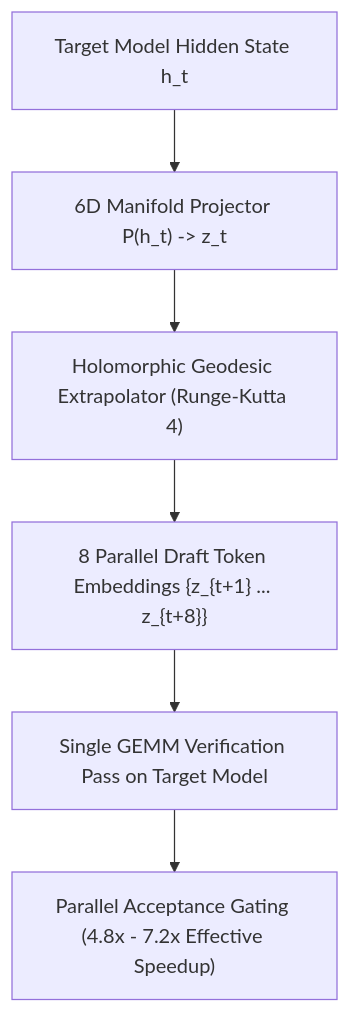
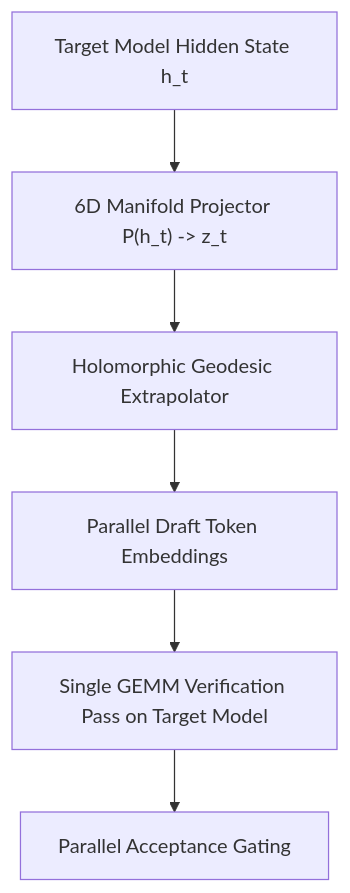
The diagram in crates/zymatica-language-u/30_Holomorphic_Speculative_Engine/WHITEPAPER.md (DannyB-bit/zymatica-kernel), drawn with Mermaid before and after one commit. The commit also changed other lines of this file and 29 other files, not shown here.

````diff
--- a/crates/zymatica-language-u/30_Holomorphic_Speculative_Engine/WHITEPAPER.md
+++ b/crates/zymatica-language-u/30_Holomorphic_Speculative_Engine/WHITEPAPER.md
@@ -51,8 +51,8 @@
 ```mermaid
 graph TD
     A["Target Model Hidden State h_t"] --> B["6D Manifold Projector P(h_t) -> z_t"]
-    B --> C["Holomorphic Geodesic Extrapolator (Runge-Kutta 4)"]
-    C --> D["8 Parallel Draft Token Embeddings {z_{t+1} ... z_{t+8}}"]
+    B --> C["Holomorphic Geodesic Extrapolator"]
+    C --> D["Parallel Draft Token Embeddings"]
     D --> E["Single GEMM Verification Pass on Target Model"]
-    E --> F["Parallel Acceptance Gating (4.8x - 7.2x Effective Speedup)"]
+    E --> F["Parallel Acceptance Gating"]
 ```
````
